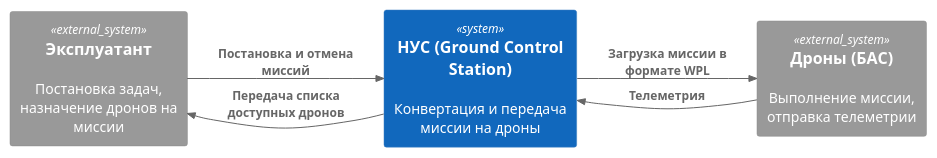
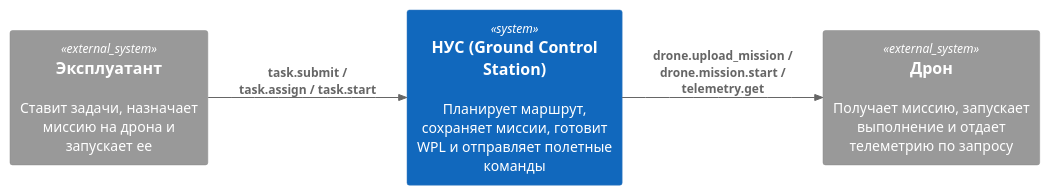
The diagram in docs/c4/C1_Context.puml (Kaitrye/DronePortGCS), drawn with PlantUML before and after one commit. The commit also changed 4 other files, not shown here.

```diff
--- a/docs/c4/C1_Context.puml
+++ b/docs/c4/C1_Context.puml
@@ -1,14 +1,12 @@
 @startuml
 !include https://raw.githubusercontent.com/plantuml-stdlib/C4-PlantUML/master/C4_Context.puml
 LAYOUT_LEFT_RIGHT()
 
-System_Ext(operator_system, "Эксплуатант", "Постановка задач, назначение дронов на миссии")
-System(gcs, "НУС (Ground Control Station)", "Конвертация и передача миссии на дроны")
-System_Ext(drones, "Дроны (БАС)", "Выполнение миссии, отправка телеметрии")
+System_Ext(operator_system, "Эксплуатант", "Ставит задачи, назначает миссию на дрона и запускает ее")
+System(gcs, "НУС (Ground Control Station)", "Планирует маршрут, сохраняет миссии, готовит WPL и отправляет полетные команды")
+System_Ext(drone, "Дрон", "Получает миссию, запускает выполнение и отдает телеметрию по запросу")
 
-Rel(operator_system, gcs, "Постановка и отмена миссий")
-Rel(gcs, operator_system, "Передача списка доступных дронов")
-Rel(gcs, drones, "Загрузка миссии в формате WPL")
-Rel(drones, gcs, "Телеметрия")
+Rel(operator_system, gcs, "task.submit / task.assign / task.start")
+Rel(gcs, drone, "drone.upload_mission / drone.mission.start / telemetry.get")
 
 @enduml
```
